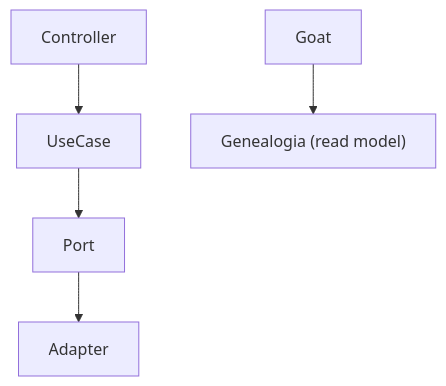
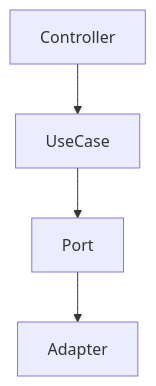
Before and after one commit to AlbertoVilar/caprigestor-backend: the first of 2 diagrams in docs/01-architecture/ARCHITECTURE.md, drawn with Mermaid. The commit also changed other lines of this file and 1 other file, not shown here.

Commit message:
docs_architecture_polish_architecture_doc_and_add_gates_package_standards

````diff
--- a/docs/01-architecture/ARCHITECTURE.md
+++ b/docs/01-architecture/ARCHITECTURE.md
@@ -14,8 +14,6 @@
 ```mermaid
 graph TD
     Controller --> UseCase
     UseCase --> Port
     Port --> Adapter
-    
-    Goat --> Genealogia["Genealogia (read model)"]
 ```
````
